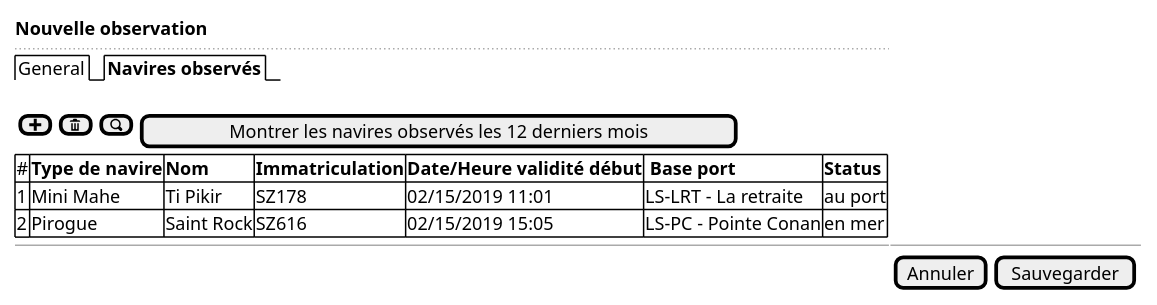
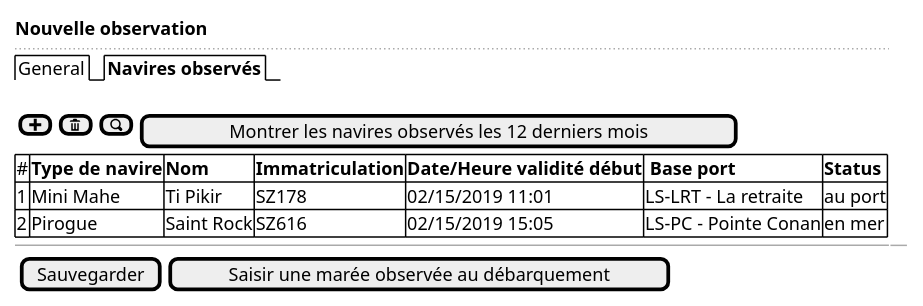
The diagram in use-case/collect/landing/observed-location-ui-vessels.puml (sumaris-net/sumaris-doc), drawn with PlantUML before and after one commit. The commit also changed 20 other files, not shown here.

```diff
--- a/use-case/collect/landing/observed-location-ui-vessels.puml
+++ b/use-case/collect/landing/observed-location-ui-vessels.puml
@@ -1,19 +1,19 @@
 @startsalt
 {
   <b>Nouvelle observation
   ..
   {/ General | <b>Navires observés }
   .
   {[<&plus>]  | [<&trash>] | [<&magnifying-glass>] | [Montrer les navires observés les 12 derniers mois]}
 
   {#
   # | <b>Type de navire  | <b>Nom     | <b>Immatriculation | <b>Date/Heure validité début     | <b> Base port          | <b>Status
   1 | Mini Mahe          | Ti Pikir   | SZ178              | 02/15/2019 11:01                 |  LS-LRT - La retraite  | au port
   2 | Pirogue            | Saint Rock | SZ616              | 02/15/2019 15:05                 |  LS-PC - Pointe Conan  | en mer
   }
 
   -- | --
 
-  . | {[Annuler] | [Sauvegarder]}
+  {{[Sauvegarder] | [Saisir une marée observée au débarquement]}}
 }
 @endsalt
```
